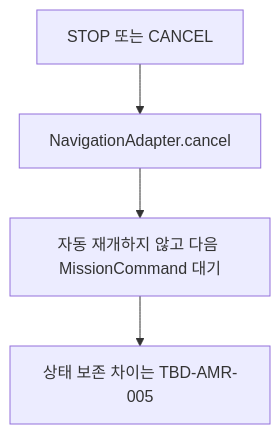
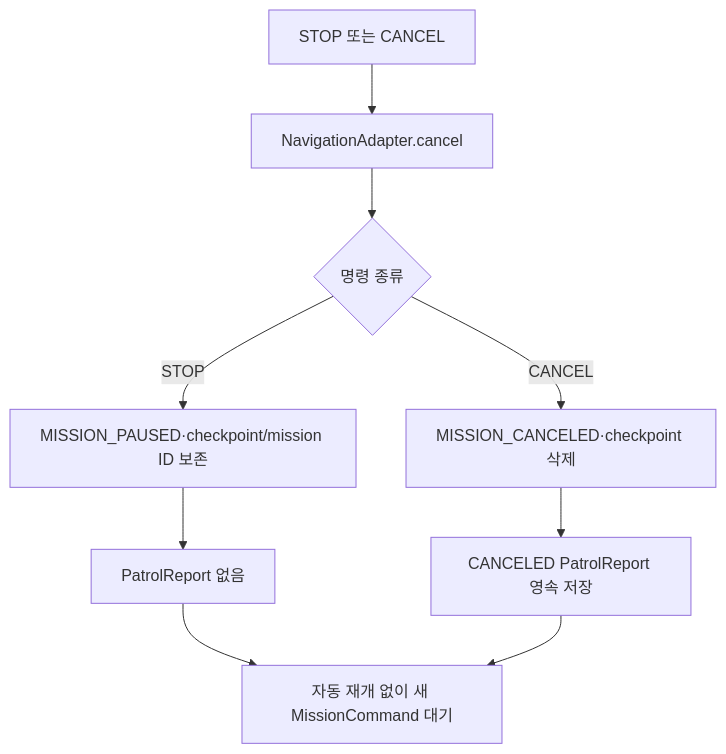
One commit to suuuhululu/patrol changed diagram 16 of 29 in src/patrol_amr/docs/mission_navigation.md. Above: the diagram before and after it, drawn with Mermaid. The commit also changed other lines of this file and 22 other files, not shown here.

Commit message:
feat(amr): implement mission contract and arbitration

```diff
--- a/src/patrol_amr/docs/mission_navigation.md
+++ b/src/patrol_amr/docs/mission_navigation.md
@@ -353,6 +366,11 @@
 ~~~mermaid
 flowchart TD
     A[STOP 또는 CANCEL] --> B[NavigationAdapter.cancel]
-    B --> C[자동 재개하지 않고 다음 MissionCommand 대기]
-    C --> D[상태 보존 차이는 TBD-AMR-005]
+    B --> C{명령 종류}
+    C -->|STOP| D[MISSION_PAUSED·checkpoint/mission ID 보존]
+    D --> E[PatrolReport 없음]
+    C -->|CANCEL| F[MISSION_CANCELED·checkpoint 삭제]
+    F --> G[CANCELED PatrolReport 영속 저장]
+    E --> H[자동 재개 없이 새 MissionCommand 대기]
+    G --> H
 ~~~
```
